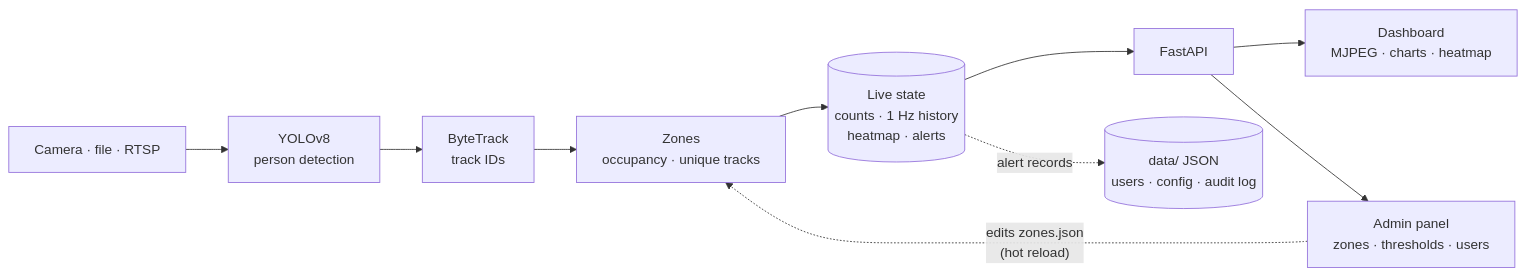
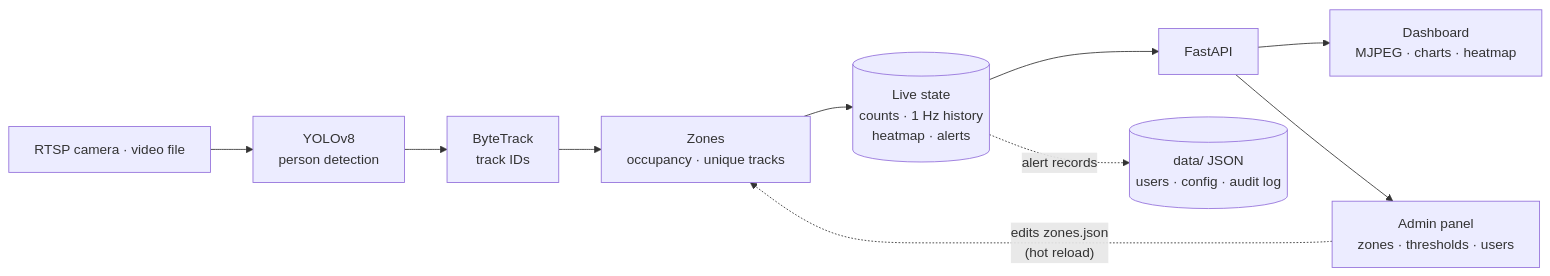
The diagram in README.md (nvmaditya/CrowdCount), drawn with Mermaid before and after one commit. The commit also changed other lines of this file and 23 other files, not shown here.

First line of the commit message:
refactor: remove local camera support; sources are video files and streams

````diff
--- a/README.md
+++ b/README.md
@@ -116,12 +113,12 @@
 ```mermaid
 flowchart LR
-    cam["Camera · file · RTSP"] --> det["YOLOv8<br/>person detection"]
+    cam["RTSP camera · video file"] --> det["YOLOv8<br/>person detection"]
     det --> trk["ByteTrack<br/>track IDs"]
     trk --> zon["Zones<br/>occupancy · unique tracks"]
     zon --> st[("Live state<br/>counts · 1 Hz history<br/>heatmap · alerts")]
     st --> api["FastAPI"]
     api --> ui["Dashboard<br/>MJPEG · charts · heatmap"]
     api --> adm["Admin panel<br/>zones · thresholds · users"]
     adm -. "edits zones.json<br/>(hot reload)" .-> zon
     st -. "alert records" .-> db[("data/ JSON<br/>users · config · audit log")]
 ```
````
